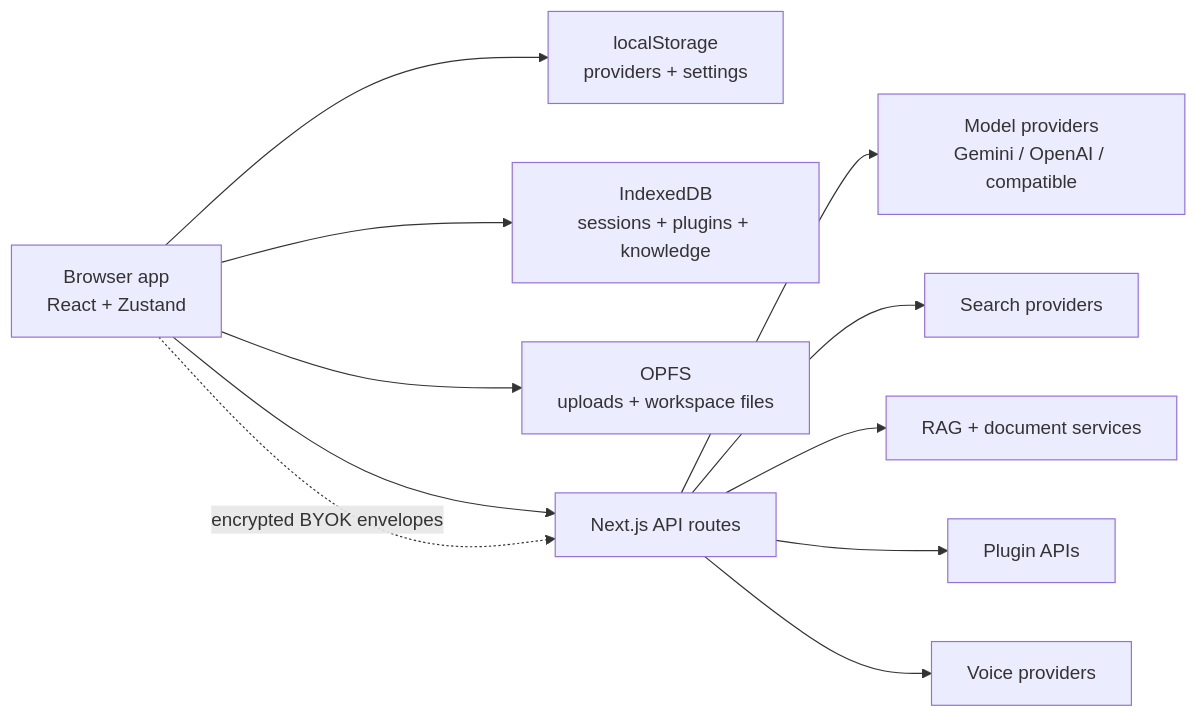
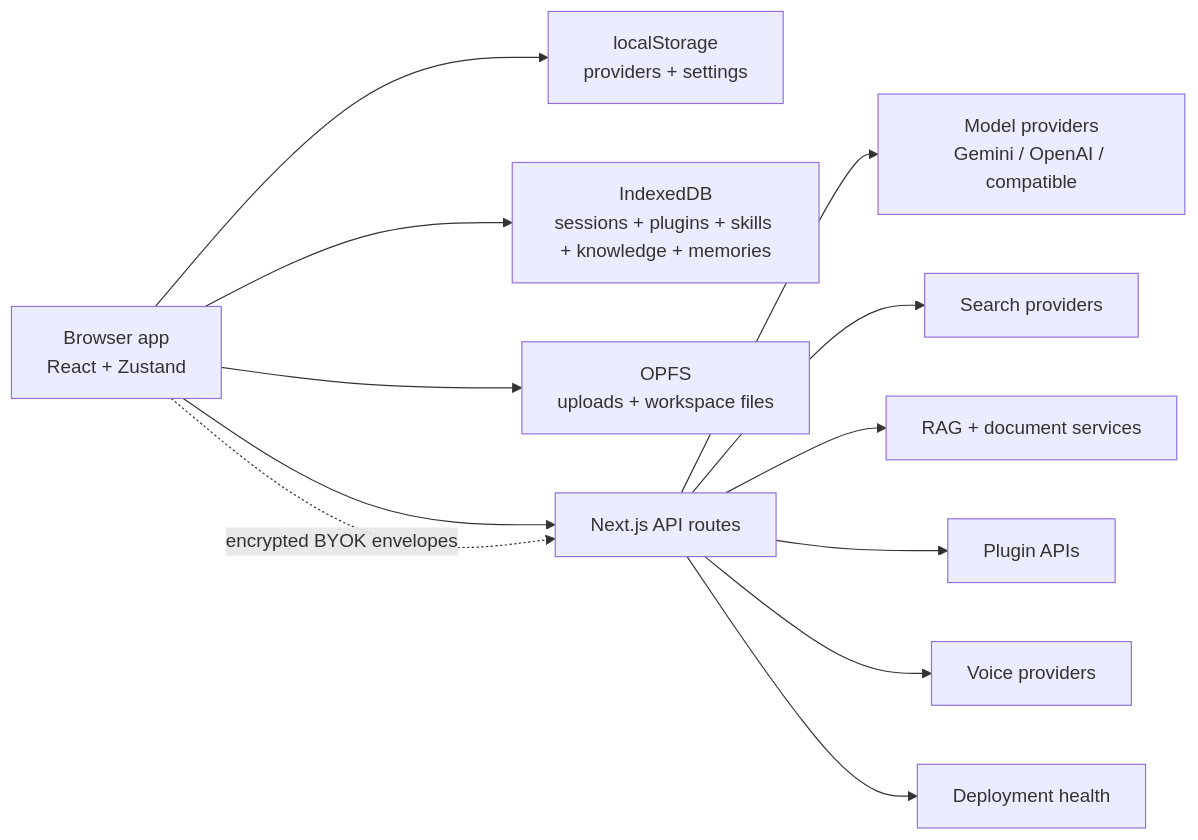
The diagram in README.md (sternelee/TalkWithGemini), drawn with Mermaid before and after one commit. The commit also changed other lines of this file and 98 other files, not shown here.

````diff
--- a/README.md
+++ b/README.md
@@ -253,13 +273,14 @@
 ```mermaid
 flowchart LR
   Browser["Browser app\nReact + Zustand"] --> LocalStorage["localStorage\nproviders + settings"]
-  Browser --> IndexedDB["IndexedDB\nsessions + plugins + knowledge"]
+  Browser --> IndexedDB["IndexedDB\nsessions + plugins + skills + knowledge + memories"]
   Browser --> OPFS["OPFS\nuploads + workspace files"]
   Browser --> ApiRoutes["Next.js API routes"]
   ApiRoutes --> Providers["Model providers\nGemini / OpenAI / compatible"]
   ApiRoutes --> Search["Search providers"]
   ApiRoutes --> Rag["RAG + document services"]
   ApiRoutes --> Plugins["Plugin APIs"]
   ApiRoutes --> Voice["Voice providers"]
+  ApiRoutes --> Health["Deployment health"]
   Browser -. encrypted BYOK envelopes .-> ApiRoutes
 ```
````
